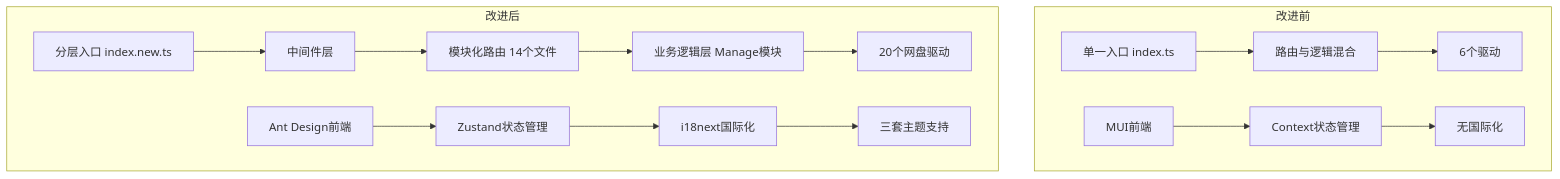
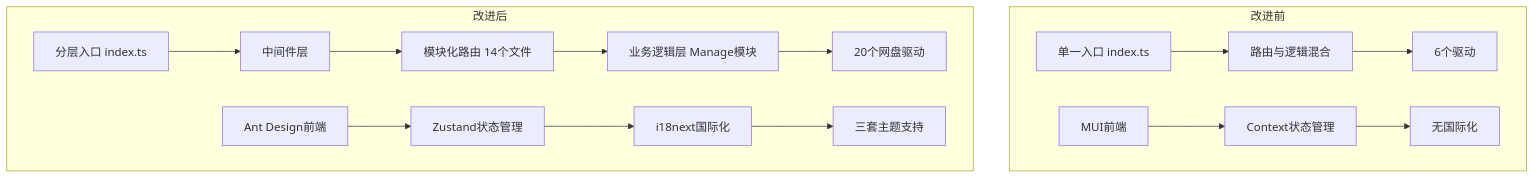
The diagram in docs/架构修改优化.md (OpenListTeam/OpenList-Worker), drawn with Mermaid before and after one commit. The commit also changed other lines of this file and 102 other files, not shown here.

````diff
--- a/docs/架构修改优化.md
+++ b/docs/架构修改优化.md
@@ -226,19 +226,19 @@
 ```mermaid
 graph TB
     subgraph "改进前"
         A1[单一入口 index.ts] --> B1[路由与逻辑混合]
         B1 --> C1[6个驱动]
         D1[MUI前端] --> E1[Context状态管理]
         E1 --> F1[无国际化]
     end
 
     subgraph "改进后"
-        A2[分层入口 index.new.ts] --> B2[中间件层]
+        A2[分层入口 index.ts] --> B2[中间件层]
         B2 --> C2[模块化路由 14个文件]
         C2 --> D2[业务逻辑层 Manage模块]
         D2 --> E2[20个网盘驱动]
         F2[Ant Design前端] --> G2[Zustand状态管理]
         G2 --> H2[i18next国际化]
         H2 --> I2[三套主题支持]
     end
 ```
````
